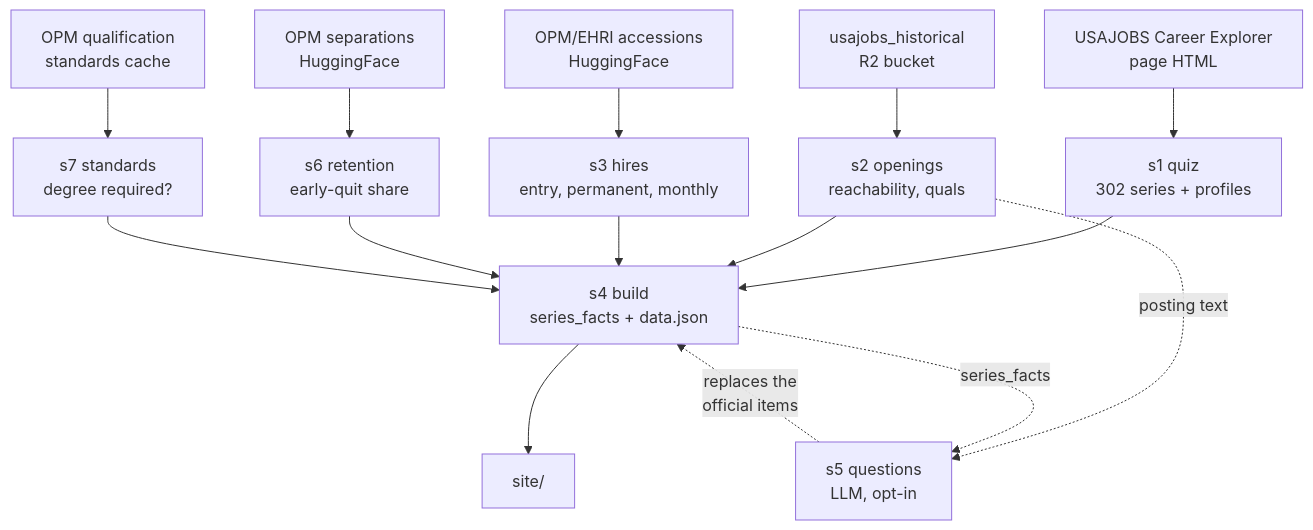
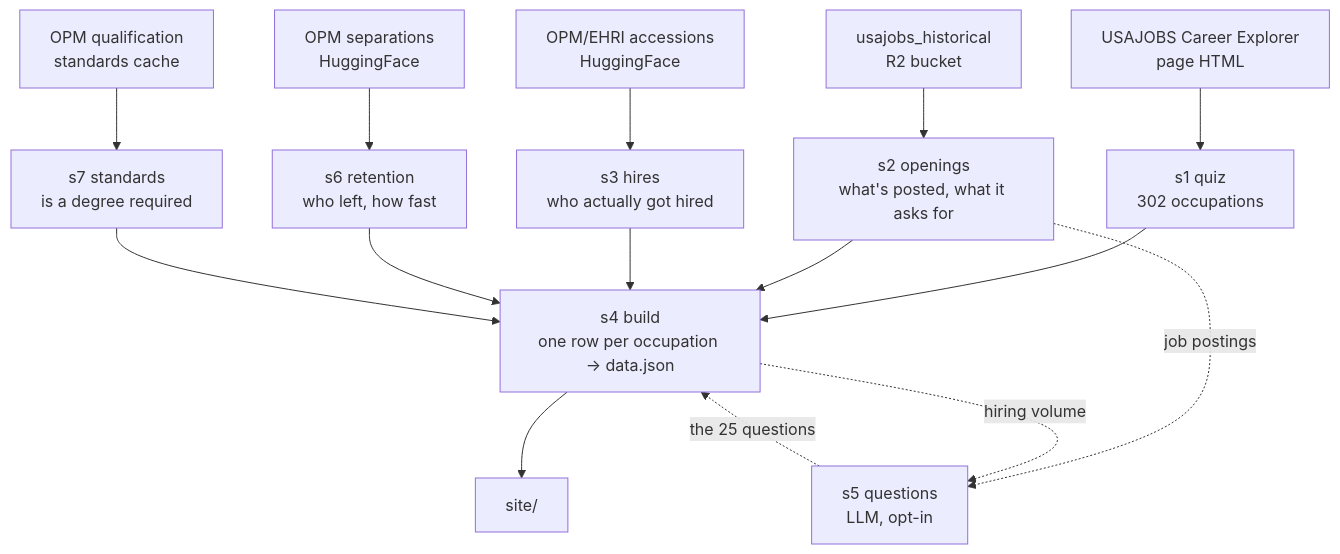
One commit to abigailhaddad/usajobs-career-explorer changed the diagram in README.md. Above: the diagram before and after it, drawn with Mermaid. The commit also changed other lines of this file, not shown here.

First line of the commit message:
Rewrite the README around the problems and what was done about them

````diff
--- a/README.md
+++ b/README.md
@@ -30,20 +31,20 @@
 ```mermaid
 flowchart TD
     CE[USAJOBS Career Explorer<br/>page HTML] --> S1
     R2[usajobs_historical<br/>R2 bucket] --> S2
     HF[OPM/EHRI accessions<br/>HuggingFace] --> S3
     SEP[OPM separations<br/>HuggingFace] --> S6
     STD[OPM qualification<br/>standards cache] --> S7
 
-    S1[s1 quiz<br/>302 series + profiles] --> S4
-    S2[s2 openings<br/>reachability, quals] --> S4
-    S3[s3 hires<br/>entry, permanent, monthly] --> S4
-    S6[s6 retention<br/>early-quit share] --> S4
-    S7[s7 standards<br/>degree required?] --> S4
+    S1[s1 quiz<br/>302 occupations] --> S4
+    S2[s2 openings<br/>what's posted, what it asks for] --> S4
+    S3[s3 hires<br/>who actually got hired] --> S4
+    S6[s6 retention<br/>who left, how fast] --> S4
+    S7[s7 standards<br/>is a degree required] --> S4
 
-    S4[s4 build<br/>series_facts + data.json] --> SITE[site/]
+    S4[s4 build<br/>one row per occupation → data.json] --> SITE[site/]
 
-    S2 -.posting text.-> S5[s5 questions<br/>LLM, opt-in]
-    S4 -.series_facts.-> S5
-    S5 -.replaces the<br/>official items.-> S4
+    S2 -.job postings.-> S5[s5 questions<br/>LLM, opt-in]
+    S4 -.hiring volume.-> S5
+    S5 -.the 25 questions.-> S4
 ```
````
